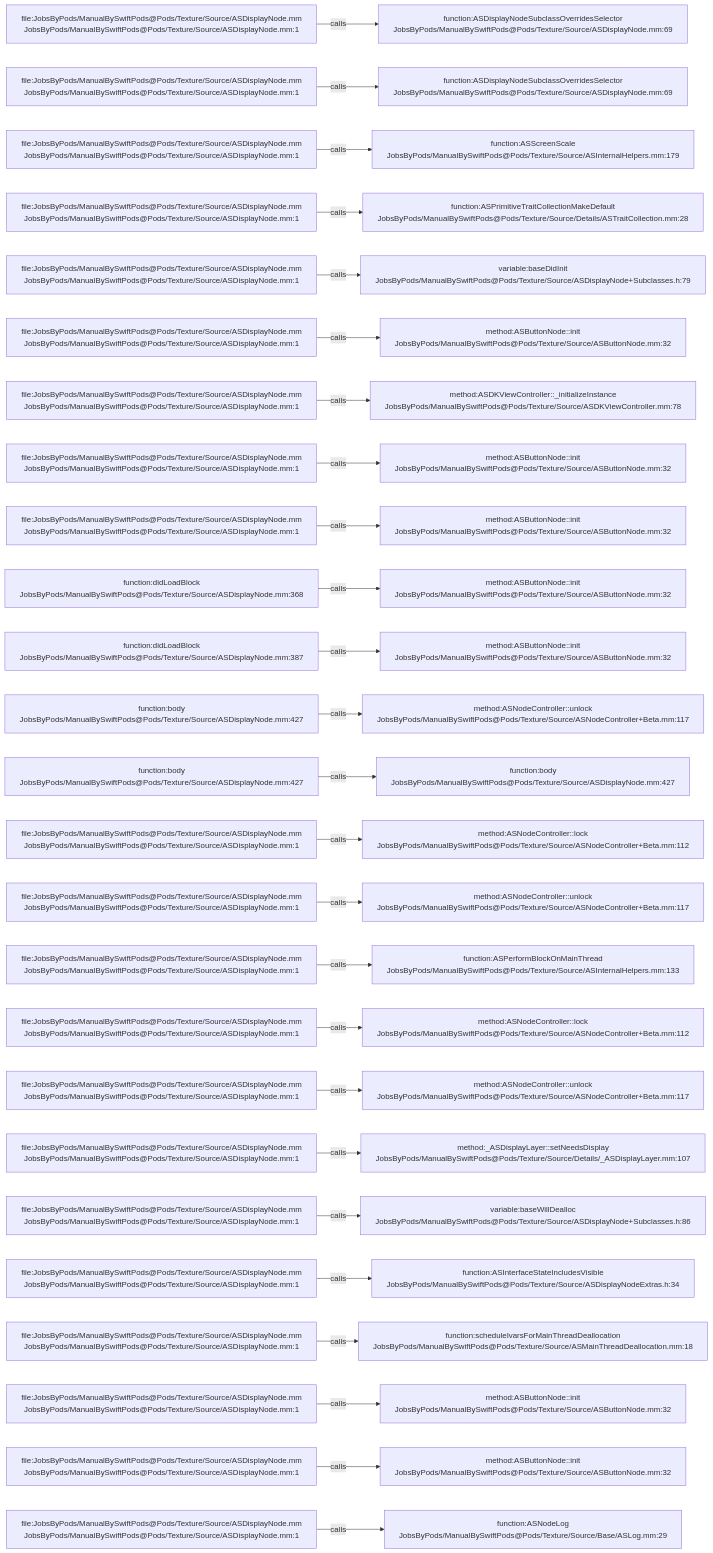
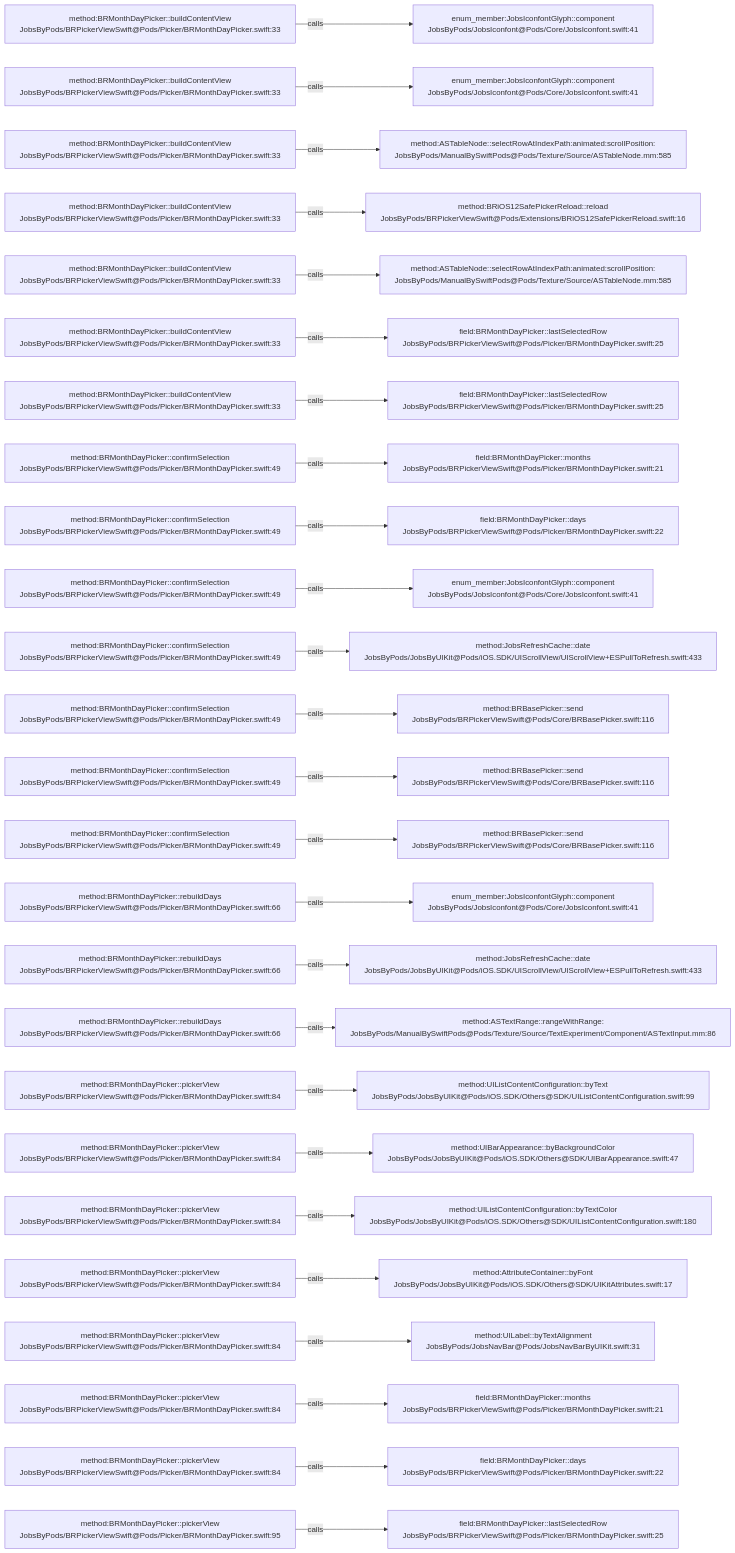
The diagram in .codegraph/codegraph.md/graphs/calls-027.md (JobsKits/JobsSwiftBaseConfigDemo), drawn with Mermaid before and after one commit. The commit also changed 224 other files, not shown here.

````diff
--- a/.codegraph/codegraph.md/graphs/calls-027.md
+++ b/.codegraph/codegraph.md/graphs/calls-027.md
@@ -13,78 +13,78 @@
 ```mermaid
 flowchart LR
-  S1["file:JobsByPods/ManualBySwiftPods@Pods/Texture/Source/ASDisplayNode.mm<br/>JobsByPods/ManualBySwiftPods@Pods/Texture/Source/ASDisplayNode.mm:1"]
-  T1["function:ASDisplayNodeSubclassOverridesSelector<br/>JobsByPods/ManualBySwiftPods@Pods/Texture/Source/ASDisplayNode.mm:69"]
+  S1["method:BRMonthDayPicker::buildContentView<br/>JobsByPods/BRPickerViewSwift@Pods/Picker/BRMonthDayPicker.swift:33"]
+  T1["enum_member:JobsIconfontGlyph::component<br/>JobsByPods/JobsIconfont@Pods/Core/JobsIconfont.swift:41"]
   S1 -->|calls| T1
-  S2["file:JobsByPods/ManualBySwiftPods@Pods/Texture/Source/ASDisplayNode.mm<br/>JobsByPods/ManualBySwiftPods@Pods/Texture/Source/ASDisplayNode.mm:1"]
-  T2["function:ASDisplayNodeSubclassOverridesSelector<br/>JobsByPods/ManualBySwiftPods@Pods/Texture/Source/ASDisplayNode.mm:69"]
+  S2["method:BRMonthDayPicker::buildContentView<br/>JobsByPods/BRPickerViewSwift@Pods/Picker/BRMonthDayPicker.swift:33"]
+  T2["enum_member:JobsIconfontGlyph::component<br/>JobsByPods/JobsIconfont@Pods/Core/JobsIconfont.swift:41"]
   S2 -->|calls| T2
-  S3["file:JobsByPods/ManualBySwiftPods@Pods/Texture/Source/ASDisplayNode.mm<br/>JobsByPods/ManualBySwiftPods@Pods/Texture/Source/ASDisplayNode.mm:1"]
-  T3["function:ASScreenScale<br/>JobsByPods/ManualBySwiftPods@Pods/Texture/Source/ASInternalHelpers.mm:179"]
+  S3["method:BRMonthDayPicker::buildContentView<br/>JobsByPods/BRPickerViewSwift@Pods/Picker/BRMonthDayPicker.swift:33"]
+  T3["method:ASTableNode::selectRowAtIndexPath:animated:scrollPosition:<br/>JobsByPods/ManualBySwiftPods@Pods/Texture/Source/ASTableNode.mm:585"]
   S3 -->|calls| T3
-  S4["file:JobsByPods/ManualBySwiftPods@Pods/Texture/Source/ASDisplayNode.mm<br/>JobsByPods/ManualBySwiftPods@Pods/Texture/Source/ASDisplayNode.mm:1"]
-  T4["function:ASPrimitiveTraitCollectionMakeDefault<br/>JobsByPods/ManualBySwiftPods@Pods/Texture/Source/Details/ASTraitCollection.mm:28"]
+  S4["method:BRMonthDayPicker::buildContentView<br/>JobsByPods/BRPickerViewSwift@Pods/Picker/BRMonthDayPicker.swift:33"]
+  T4["method:BRiOS12SafePickerReload::reload<br/>JobsByPods/BRPickerViewSwift@Pods/Extensions/BRiOS12SafePickerReload.swift:16"]
   S4 -->|calls| T4
-  S5["file:JobsByPods/ManualBySwiftPods@Pods/Texture/Source/ASDisplayNode.mm<br/>JobsByPods/ManualBySwiftPods@Pods/Texture/Source/ASDisplayNode.mm:1"]
-  T5["variable:baseDidInit<br/>JobsByPods/ManualBySwiftPods@Pods/Texture/Source/ASDisplayNode+Subclasses.h:79"]
+  S5["method:BRMonthDayPicker::buildContentView<br/>JobsByPods/BRPickerViewSwift@Pods/Picker/BRMonthDayPicker.swift:33"]
+  T5["method:ASTableNode::selectRowAtIndexPath:animated:scrollPosition:<br/>JobsByPods/ManualBySwiftPods@Pods/Texture/Source/ASTableNode.mm:585"]
   S5 -->|calls| T5
-  S6["file:JobsByPods/ManualBySwiftPods@Pods/Texture/Source/ASDisplayNode.mm<br/>JobsByPods/ManualBySwiftPods@Pods/Texture/Source/ASDisplayNode.mm:1"]
-  T6["method:ASButtonNode::init<br/>JobsByPods/ManualBySwiftPods@Pods/Texture/Source/ASButtonNode.mm:32"]
+  S6["method:BRMonthDayPicker::buildContentView<br/>JobsByPods/BRPickerViewSwift@Pods/Picker/BRMonthDayPicker.swift:33"]
+  T6["field:BRMonthDayPicker::lastSelectedRow<br/>JobsByPods/BRPickerViewSwift@Pods/Picker/BRMonthDayPicker.swift:25"]
   S6 -->|calls| T6
-  S7["file:JobsByPods/ManualBySwiftPods@Pods/Texture/Source/ASDisplayNode.mm<br/>JobsByPods/ManualBySwiftPods@Pods/Texture/Source/ASDisplayNode.mm:1"]
-  T7["method:ASDKViewController::_initializeInstance<br/>JobsByPods/ManualBySwiftPods@Pods/Texture/Source/ASDKViewController.mm:78"]
+  S7["method:BRMonthDayPicker::buildContentView<br/>JobsByPods/BRPickerViewSwift@Pods/Picker/BRMonthDayPicker.swift:33"]
+  T7["field:BRMonthDayPicker::lastSelectedRow<br/>JobsByPods/BRPickerViewSwift@Pods/Picker/BRMonthDayPicker.swift:25"]
   S7 -->|calls| T7
-  S8["file:JobsByPods/ManualBySwiftPods@Pods/Texture/Source/ASDisplayNode.mm<br/>JobsByPods/ManualBySwiftPods@Pods/Texture/Source/ASDisplayNode.mm:1"]
-  T8["method:ASButtonNode::init<br/>JobsByPods/ManualBySwiftPods@Pods/Texture/Source/ASButtonNode.mm:32"]
+  S8["method:BRMonthDayPicker::confirmSelection<br/>JobsByPods/BRPickerViewSwift@Pods/Picker/BRMonthDayPicker.swift:49"]
+  T8["field:BRMonthDayPicker::months<br/>JobsByPods/BRPickerViewSwift@Pods/Picker/BRMonthDayPicker.swift:21"]
   S8 -->|calls| T8
-  S9["file:JobsByPods/ManualBySwiftPods@Pods/Texture/Source/ASDisplayNode.mm<br/>JobsByPods/ManualBySwiftPods@Pods/Texture/Source/ASDisplayNode.mm:1"]
-  T9["method:ASButtonNode::init<br/>JobsByPods/ManualBySwiftPods@Pods/Texture/Source/ASButtonNode.mm:32"]
+  S9["method:BRMonthDayPicker::confirmSelection<br/>JobsByPods/BRPickerViewSwift@Pods/Picker/BRMonthDayPicker.swift:49"]
+  T9["field:BRMonthDayPicker::days<br/>JobsByPods/BRPickerViewSwift@Pods/Picker/BRMonthDayPicker.swift:22"]
   S9 -->|calls| T9
-  S10["function:didLoadBlock<br/>JobsByPods/ManualBySwiftPods@Pods/Texture/Source/ASDisplayNode.mm:368"]
-  T10["method:ASButtonNode::init<br/>JobsByPods/ManualBySwiftPods@Pods/Texture/Source/ASButtonNode.mm:32"]
+  S10["method:BRMonthDayPicker::confirmSelection<br/>JobsByPods/BRPickerViewSwift@Pods/Picker/BRMonthDayPicker.swift:49"]
+  T10["enum_member:JobsIconfontGlyph::component<br/>JobsByPods/JobsIconfont@Pods/Core/JobsIconfont.swift:41"]
   S10 -->|calls| T10
-  S11["function:didLoadBlock<br/>JobsByPods/ManualBySwiftPods@Pods/Texture/Source/ASDisplayNode.mm:387"]
-  T11["method:ASButtonNode::init<br/>JobsByPods/ManualBySwiftPods@Pods/Texture/Source/ASButtonNode.mm:32"]
+  S11["method:BRMonthDayPicker::confirmSelection<br/>JobsByPods/BRPickerViewSwift@Pods/Picker/BRMonthDayPicker.swift:49"]
+  T11["method:JobsRefreshCache::date<br/>JobsByPods/JobsByUIKit@Pods/iOS.SDK/UIScrollView/UIScrollView+ESPullToRefresh.swift:433"]
   S11 -->|calls| T11
-  S12["function:body<br/>JobsByPods/ManualBySwiftPods@Pods/Texture/Source/ASDisplayNode.mm:427"]
-  T12["method:ASNodeController::unlock<br/>JobsByPods/ManualBySwiftPods@Pods/Texture/Source/ASNodeController+Beta.mm:117"]
+  S12["method:BRMonthDayPicker::confirmSelection<br/>JobsByPods/BRPickerViewSwift@Pods/Picker/BRMonthDayPicker.swift:49"]
+  T12["method:BRBasePicker::send<br/>JobsByPods/BRPickerViewSwift@Pods/Core/BRBasePicker.swift:116"]
   S12 -->|calls| T12
-  S13["function:body<br/>JobsByPods/ManualBySwiftPods@Pods/Texture/Source/ASDisplayNode.mm:427"]
-  T13["function:body<br/>JobsByPods/ManualBySwiftPods@Pods/Texture/Source/ASDisplayNode.mm:427"]
+  S13["method:BRMonthDayPicker::confirmSelection<br/>JobsByPods/BRPickerViewSwift@Pods/Picker/BRMonthDayPicker.swift:49"]
+  T13["method:BRBasePicker::send<br/>JobsByPods/BRPickerViewSwift@Pods/Core/BRBasePicker.swift:116"]
   S13 -->|calls| T13
-  S14["file:JobsByPods/ManualBySwiftPods@Pods/Texture/Source/ASDisplayNode.mm<br/>JobsByPods/ManualBySwiftPods@Pods/Texture/Source/ASDisplayNode.mm:1"]
-  T14["method:ASNodeController::lock<br/>JobsByPods/ManualBySwiftPods@Pods/Texture/Source/ASNodeController+Beta.mm:112"]
+  S14["method:BRMonthDayPicker::confirmSelection<br/>JobsByPods/BRPickerViewSwift@Pods/Picker/BRMonthDayPicker.swift:49"]
+  T14["method:BRBasePicker::send<br/>JobsByPods/BRPickerViewSwift@Pods/Core/BRBasePicker.swift:116"]
   S14 -->|calls| T14
-  S15["file:JobsByPods/ManualBySwiftPods@Pods/Texture/Source/ASDisplayNode.mm<br/>JobsByPods/ManualBySwiftPods@Pods/Texture/Source/ASDisplayNode.mm:1"]
-  T15["method:ASNodeController::unlock<br/>JobsByPods/ManualBySwiftPods@Pods/Texture/Source/ASNodeController+Beta.mm:117"]
+  S15["method:BRMonthDayPicker::rebuildDays<br/>JobsByPods/BRPickerViewSwift@Pods/Picker/BRMonthDayPicker.swift:66"]
+  T15["enum_member:JobsIconfontGlyph::component<br/>JobsByPods/JobsIconfont@Pods/Core/JobsIconfont.swift:41"]
   S15 -->|calls| T15
-  S16["file:JobsByPods/ManualBySwiftPods@Pods/Texture/Source/ASDisplayNode.mm<br/>JobsByPods/ManualBySwiftPods@Pods/Texture/Source/ASDisplayNode.mm:1"]
-  T16["function:ASPerformBlockOnMainThread<br/>JobsByPods/ManualBySwiftPods@Pods/Texture/Source/ASInternalHelpers.mm:133"]
+  S16["method:BRMonthDayPicker::rebuildDays<br/>JobsByPods/BRPickerViewSwift@Pods/Picker/BRMonthDayPicker.swift:66"]
+  T16["method:JobsRefreshCache::date<br/>JobsByPods/JobsByUIKit@Pods/iOS.SDK/UIScrollView/UIScrollView+ESPullToRefresh.swift:433"]
   S16 -->|calls| T16
-  S17["file:JobsByPods/ManualBySwiftPods@Pods/Texture/Source/ASDisplayNode.mm<br/>JobsByPods/ManualBySwiftPods@Pods/Texture/Source/ASDisplayNode.mm:1"]
-  T17["method:ASNodeController::lock<br/>JobsByPods/ManualBySwiftPods@Pods/Texture/Source/ASNodeController+Beta.mm:112"]
+  S17["method:BRMonthDayPicker::rebuildDays<br/>JobsByPods/BRPickerViewSwift@Pods/Picker/BRMonthDayPicker.swift:66"]
+  T17["method:ASTextRange::rangeWithRange:<br/>JobsByPods/ManualBySwiftPods@Pods/Texture/Source/TextExperiment/Component/ASTextInput.mm:86"]
   S17 -->|calls| T17
-  S18["file:JobsByPods/ManualBySwiftPods@Pods/Texture/Source/ASDisplayNode.mm<br/>JobsByPods/ManualBySwiftPods@Pods/Texture/Source/ASDisplayNode.mm:1"]
-  T18["method:ASNodeController::unlock<br/>JobsByPods/ManualBySwiftPods@Pods/Texture/Source/ASNodeController+Beta.mm:117"]
+  S18["method:BRMonthDayPicker::pickerView<br/>JobsByPods/BRPickerViewSwift@Pods/Picker/BRMonthDayPicker.swift:84"]
+  T18["method:UIListContentConfiguration::byText<br/>JobsByPods/JobsByUIKit@Pods/iOS.SDK/Others@SDK/UIListContentConfiguration.swift:99"]
   S18 -->|calls| T18
-  S19["file:JobsByPods/ManualBySwiftPods@Pods/Texture/Source/ASDisplayNode.mm<br/>JobsByPods/ManualBySwiftPods@Pods/Texture/Source/ASDisplayNode.mm:1"]
-  T19["method:_ASDisplayLayer::setNeedsDisplay<br/>JobsByPods/ManualBySwiftPods@Pods/Texture/Source/Details/_ASDisplayLayer.mm:107"]
+  S19["method:BRMonthDayPicker::pickerView<br/>JobsByPods/BRPickerViewSwift@Pods/Picker/BRMonthDayPicker.swift:84"]
+  T19["method:UIBarAppearance::byBackgroundColor<br/>JobsByPods/JobsByUIKit@Pods/iOS.SDK/Others@SDK/UIBarAppearance.swift:47"]
   S19 -->|calls| T19
-  S20["file:JobsByPods/ManualBySwiftPods@Pods/Texture/Source/ASDisplayNode.mm<br/>JobsByPods/ManualBySwiftPods@Pods/Texture/Source/ASDisplayNode.mm:1"]
-  T20["variable:baseWillDealloc<br/>JobsByPods/ManualBySwiftPods@Pods/Texture/Source/ASDisplayNode+Subclasses.h:86"]
+  S20["method:BRMonthDayPicker::pickerView<br/>JobsByPods/BRPickerViewSwift@Pods/Picker/BRMonthDayPicker.swift:84"]
+  T20["method:UIListContentConfiguration::byTextColor<br/>JobsByPods/JobsByUIKit@Pods/iOS.SDK/Others@SDK/UIListContentConfiguration.swift:180"]
   S20 -->|calls| T20
-  S21["file:JobsByPods/ManualBySwiftPods@Pods/Texture/Source/ASDisplayNode.mm<br/>JobsByPods/ManualBySwiftPods@Pods/Texture/Source/ASDisplayNode.mm:1"]
-  T21["function:ASInterfaceStateIncludesVisible<br/>JobsByPods/ManualBySwiftPods@Pods/Texture/Source/ASDisplayNodeExtras.h:34"]
+  S21["method:BRMonthDayPicker::pickerView<br/>JobsByPods/BRPickerViewSwift@Pods/Picker/BRMonthDayPicker.swift:84"]
+  T21["method:AttributeContainer::byFont<br/>JobsByPods/JobsByUIKit@Pods/iOS.SDK/Others@SDK/UIKitAttributes.swift:17"]
   S21 -->|calls| T21
-  S22["file:JobsByPods/ManualBySwiftPods@Pods/Texture/Source/ASDisplayNode.mm<br/>JobsByPods/ManualBySwiftPods@Pods/Texture/Source/ASDisplayNode.mm:1"]
-  T22["function:scheduleIvarsForMainThreadDeallocation<br/>JobsByPods/ManualBySwiftPods@Pods/Texture/Source/ASMainThreadDeallocation.mm:18"]
+  S22["method:BRMonthDayPicker::pickerView<br/>JobsByPods/BRPickerViewSwift@Pods/Picker/BRMonthDayPicker.swift:84"]
+  T22["method:UILabel::byTextAlignment<br/>JobsByPods/JobsNavBar@Pods/JobsNavBarByUIKit.swift:31"]
   S22 -->|calls| T22
-  S23["file:JobsByPods/ManualBySwiftPods@Pods/Texture/Source/ASDisplayNode.mm<br/>JobsByPods/ManualBySwiftPods@Pods/Texture/Source/ASDisplayNode.mm:1"]
-  T23["method:ASButtonNode::init<br/>JobsByPods/ManualBySwiftPods@Pods/Texture/Source/ASButtonNode.mm:32"]
+  S23["method:BRMonthDayPicker::pickerView<br/>JobsByPods/BRPickerViewSwift@Pods/Picker/BRMonthDayPicker.swift:84"]
+  T23["field:BRMonthDayPicker::months<br/>JobsByPods/BRPickerViewSwift@Pods/Picker/BRMonthDayPicker.swift:21"]
   S23 -->|calls| T23
-  S24["file:JobsByPods/ManualBySwiftPods@Pods/Texture/Source/ASDisplayNode.mm<br/>JobsByPods/ManualBySwiftPods@Pods/Texture/Source/ASDisplayNode.mm:1"]
-  T24["method:ASButtonNode::init<br/>JobsByPods/ManualBySwiftPods@Pods/Texture/Source/ASButtonNode.mm:32"]
+  S24["method:BRMonthDayPicker::pickerView<br/>JobsByPods/BRPickerViewSwift@Pods/Picker/BRMonthDayPicker.swift:84"]
+  T24["field:BRMonthDayPicker::days<br/>JobsByPods/BRPickerViewSwift@Pods/Picker/BRMonthDayPicker.swift:22"]
   S24 -->|calls| T24
-  S25["file:JobsByPods/ManualBySwiftPods@Pods/Texture/Source/ASDisplayNode.mm<br/>JobsByPods/ManualBySwiftPods@Pods/Texture/Source/ASDisplayNode.mm:1"]
-  T25["function:ASNodeLog<br/>JobsByPods/ManualBySwiftPods@Pods/Texture/Source/Base/ASLog.mm:29"]
+  S25["method:BRMonthDayPicker::pickerView<br/>JobsByPods/BRPickerViewSwift@Pods/Picker/BRMonthDayPicker.swift:95"]
+  T25["field:BRMonthDayPicker::lastSelectedRow<br/>JobsByPods/BRPickerViewSwift@Pods/Picker/BRMonthDayPicker.swift:25"]
   S25 -->|calls| T25
 ```
````
